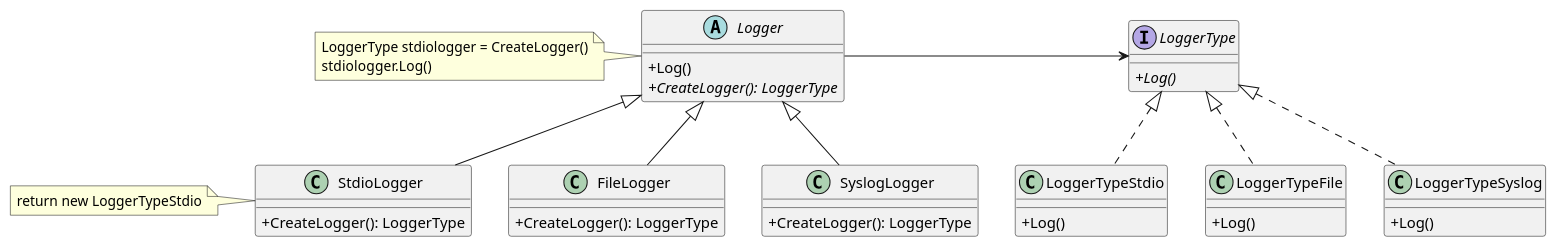
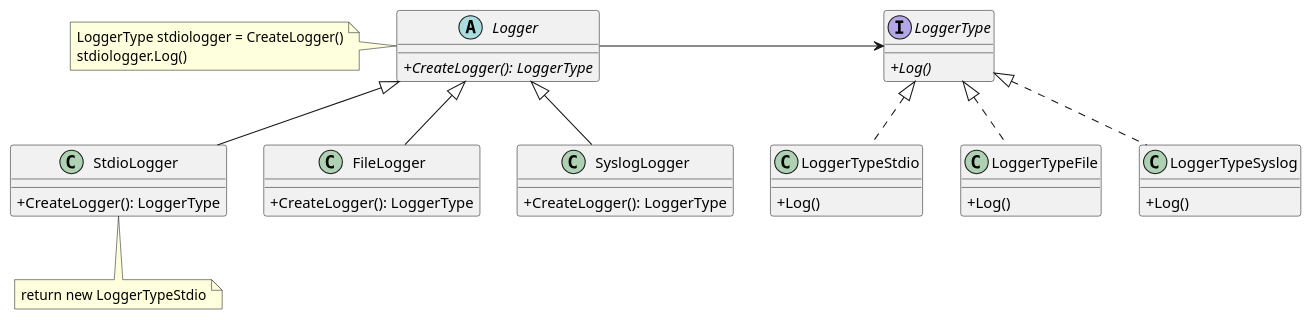
The diagram in docs/Logger.puml (shalex88/logger), drawn with PlantUML before and after one commit. The commit also changed 13 other files, not shown here.

```diff
--- a/docs/Logger.puml
+++ b/docs/Logger.puml
@@ -1,58 +1,49 @@
 @startuml
 'https://plantuml.com/class-diagram
 skinparam classAttributeIconSize 0
 
-class StdioLogger
-note left: return new LoggerTypeStdio
-class FileLogger
-class SyslogLogger
-abstract class Logger
-note left: LoggerType stdiologger = CreateLogger()\nstdiologger.Log()
-interface LoggerType
-class LoggerTypeStdio
-class LoggerTypeFile
-class LoggerTypeSyslog
-
-Logger<|-- FileLogger
-Logger<|-- StdioLogger
-Logger<|-- SyslogLogger
-
-Logger -> LoggerType
-
-LoggerType <|.. LoggerTypeStdio
-LoggerType <|.. LoggerTypeFile
-LoggerType <|.. LoggerTypeSyslog
-
 abstract class Logger {
-+Log()
 +{abstract}CreateLogger(): LoggerType
 }
-
-interface LoggerType {
-+{abstract}Log()
-}
-
-class LoggerTypeFile {
-+Log()
-}
-
-class LoggerTypeStdio {
-+Log()
-}
-
-class LoggerTypeSyslog {
-+Log()
-}
+note left: LoggerType stdiologger = CreateLogger()\nstdiologger.Log()
 
 class StdioLogger {
 +CreateLogger(): LoggerType
 }
+note bottom: return new LoggerTypeStdio
 
 class FileLogger {
 +CreateLogger(): LoggerType
 }
 
 class SyslogLogger {
 +CreateLogger(): LoggerType
 }
+
+interface LoggerType {
++{abstract}Log()
+}
+
+class LoggerTypeStdio {
++Log()
+}
+
+class LoggerTypeFile {
++Log()
+}
+
+class LoggerTypeSyslog {
++Log()
+}
+
+Logger <|-- StdioLogger
+Logger <|-- FileLogger
+Logger <|-- SyslogLogger
+
+Logger -> LoggerType
+
+LoggerType <|.. LoggerTypeStdio
+LoggerType <|.. LoggerTypeFile
+LoggerType <|.. LoggerTypeSyslog
+
 @enduml
```
